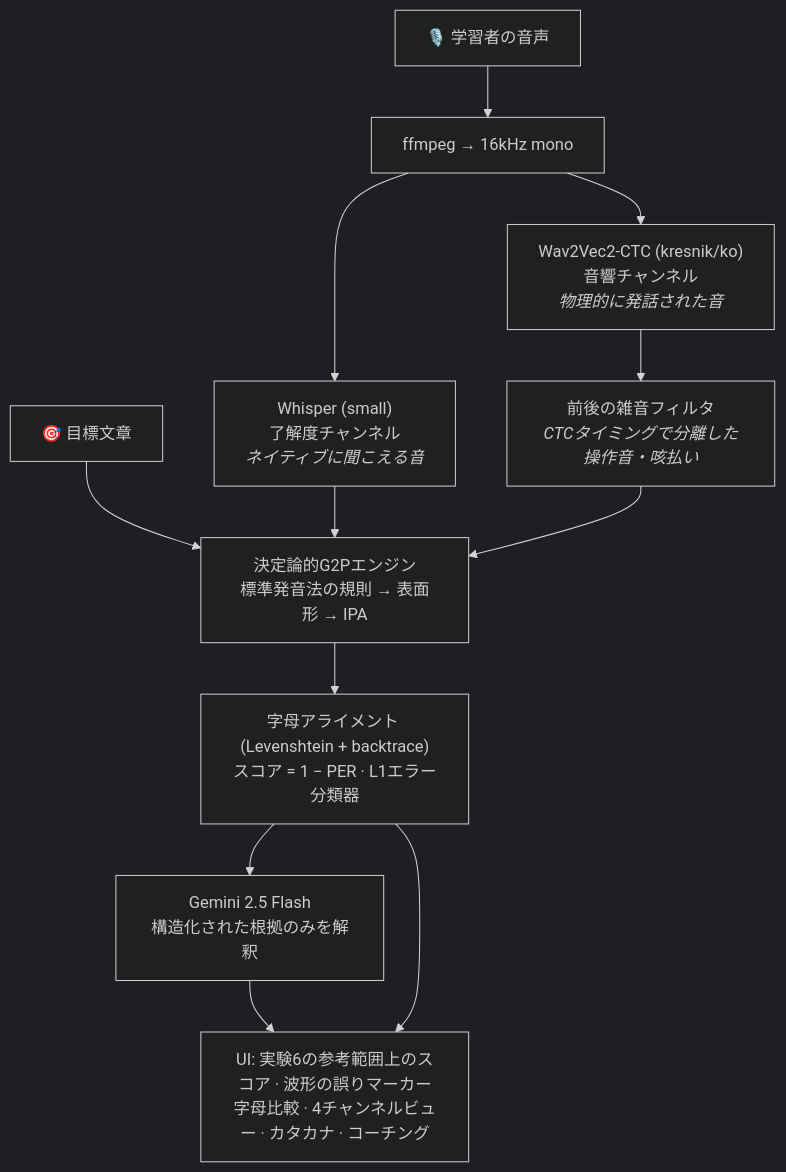
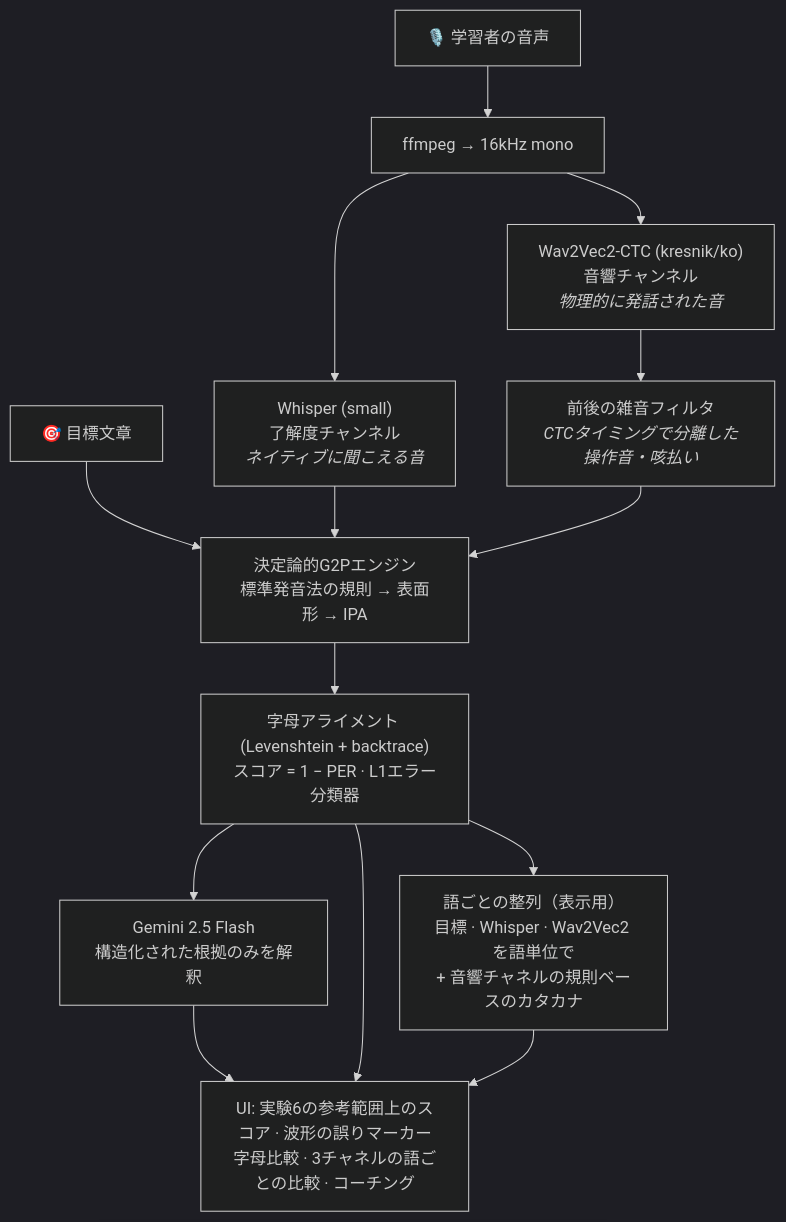
The diagram in README_jp.md (fairyofdata/PhonemeJP2KR), drawn with Mermaid (dark theme) before and after one commit. The commit also changed other lines of this file and 6 other files, not shown here.

````diff
--- a/README_jp.md
+++ b/README_jp.md
@@ -39,14 +39,16 @@
 ```mermaid
 flowchart TD
     A[🎙️ 学習者の音声] --> B[ffmpeg → 16kHz mono]
     B --> C["Whisper (small)<br/>了解度チャンネル<br/><i>ネイティブに聞こえる音</i>"]
     B --> D["Wav2Vec2-CTC (kresnik/ko)<br/>音響チャンネル<br/><i>物理的に発話された音</i>"]
     T[🎯 目標文章] --> G
     C --> G["決定論的G2Pエンジン<br/>標準発音法の規則 → 表面形 → IPA"]
     D --> N["前後の雑音フィルタ<br/><i>CTCタイミングで分離した操作音・咳払い</i>"]
     N --> G
     G --> S["字母アライメント (Levenshtein + backtrace)<br/>スコア = 1 − PER · L1エラー分類器"]
+    S --> W["語ごとの整列（表示用）<br/>目標 · Whisper · Wav2Vec2 を語単位で<br/>+ 音響チャネルの規則ベースのカタカナ"]
     S --> L["Gemini 2.5 Flash<br/>構造化された根拠のみを解釈"]
-    L --> U["UI: 実験6の参考範囲上のスコア · 波形の誤りマーカー<br/>字母比較 · 4チャンネルビュー · カタカナ · コーチング"]
+    L --> U["UI: 実験6の参考範囲上のスコア · 波形の誤りマーカー<br/>字母比較 · 3チャネルの語ごとの比較 · コーチング"]
     S --> U
+    W --> U
 ```
````
